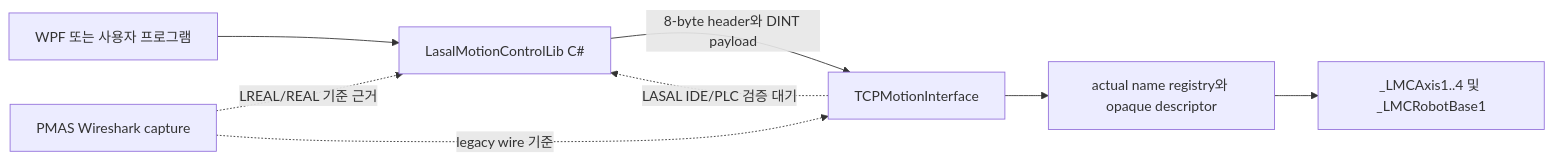
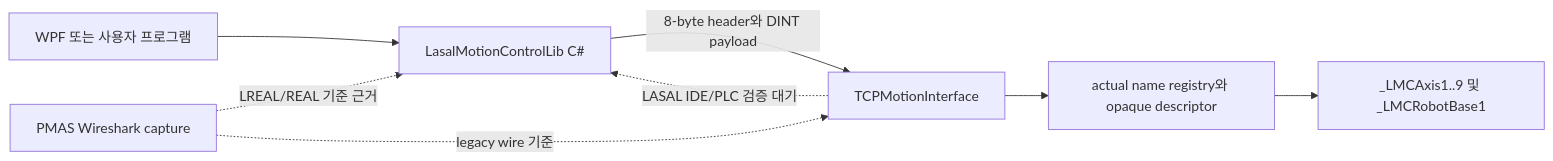
The diagram in LMC_Library/LMC_API_Delivery/docs/API_DEVELOPMENT_BACKLOG_2026-07-10.md (dreiven61/Elmo_Master), drawn with Mermaid before and after one commit. The commit also changed other lines of this file and 34 other files, not shown here.

Commit message:
docs: refresh architecture and release status

````diff
--- a/LMC_Library/LMC_API_Delivery/docs/API_DEVELOPMENT_BACKLOG_2026-07-10.md
+++ b/LMC_Library/LMC_API_Delivery/docs/API_DEVELOPMENT_BACKLOG_2026-07-10.md
@@ -236,10 +247,10 @@
 ```mermaid
 flowchart LR
     A["WPF 또는 사용자 프로그램"] --> B["LasalMotionControlLib C#"]
     B -->|"8-byte header와 DINT payload"| C["TCPMotionInterface"]
     C --> D["actual name registry와 opaque descriptor"]
-    D --> F["_LMCAxis1..4 및 _LMCRobotBase1"]
+    D --> F["_LMCAxis1..9 및 _LMCRobotBase1"]
     E["PMAS Wireshark capture"] -. "LREAL/REAL 기준 근거" .-> B
     E -. "legacy wire 기준" .-> C
     C -. "LASAL IDE/PLC 검증 대기" .-> B
 ```
````
